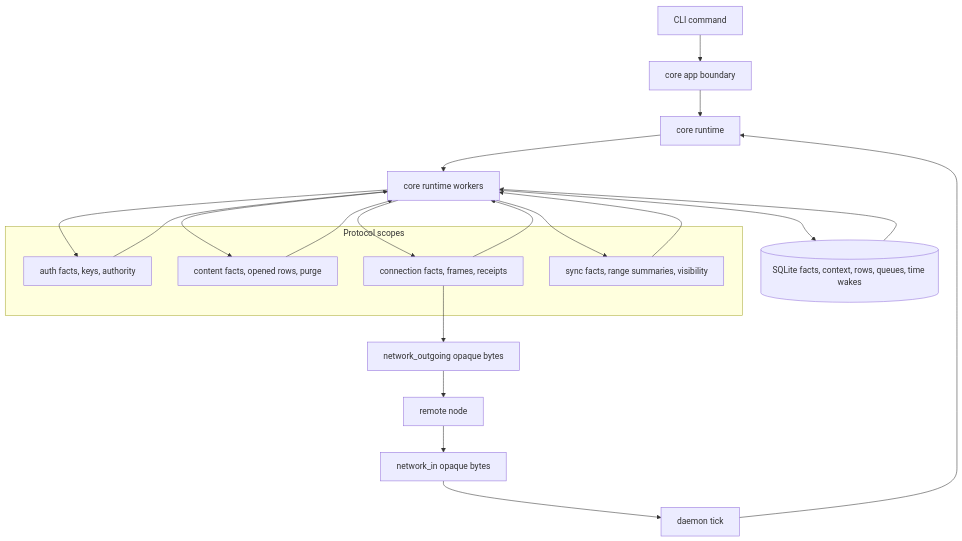
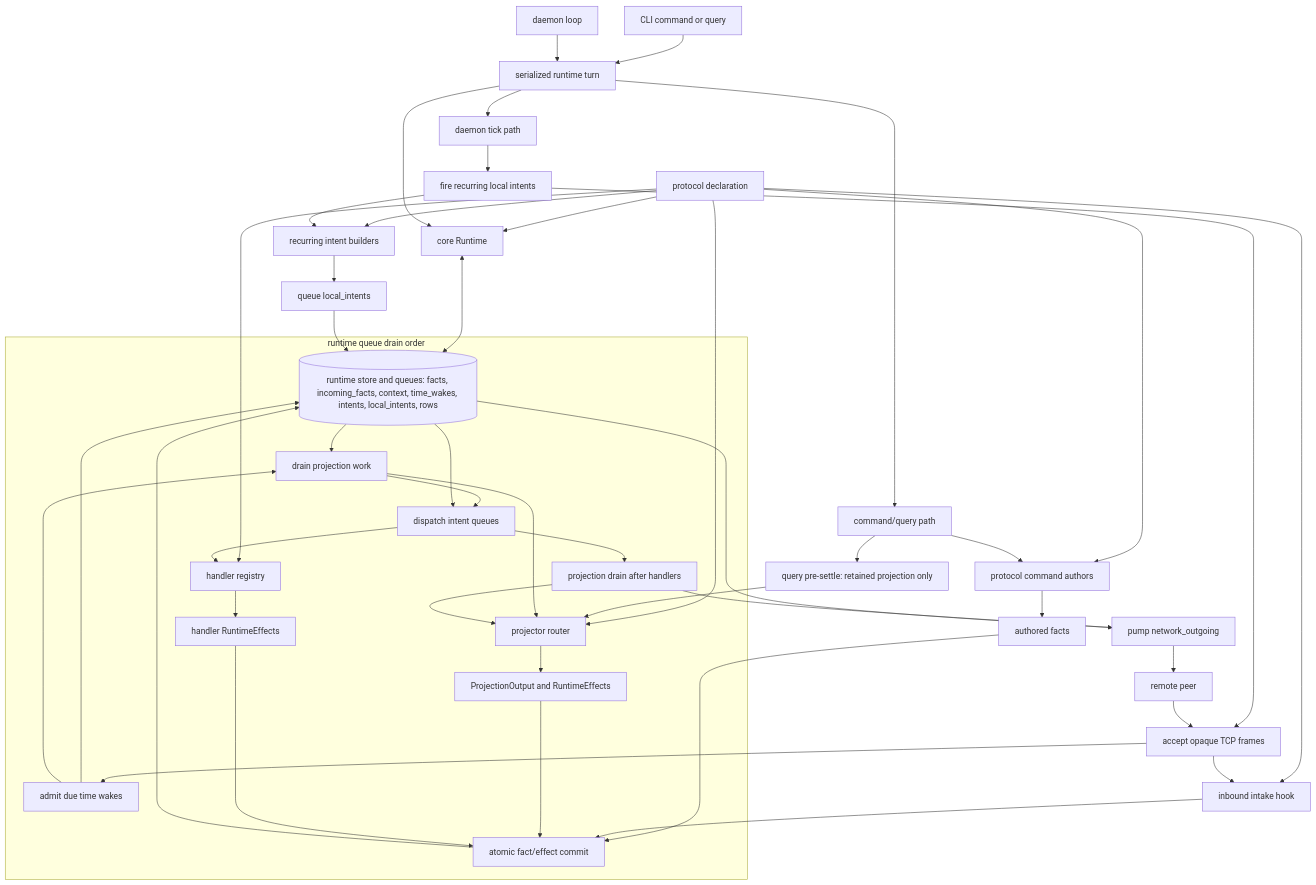
Before and after one commit to holmesworcester/poc-10: the first of 5 diagrams in ARCHITECTURE_DIAGRAMS.md, drawn with Mermaid. The commit also changed other lines of this file and 1 other file, not shown here.

Commit message:
Refocus runtime boundary diagram

````diff
--- a/ARCHITECTURE_DIAGRAMS.md
+++ b/ARCHITECTURE_DIAGRAMS.md
@@ -14,32 +16,55 @@
 ```mermaid
 %%{init: {"flowchart": {"wrappingWidth": 320}} }%%
 flowchart TD
-    USER["CLI command"] --> APP["core app boundary"]
-    DAEMON["daemon tick"] --> RUNTIME["core runtime"]
-    APP --> RUNTIME
+    DECL["protocol declaration"] --> RUNTIME["core Runtime"]
+    DECL --> COMMANDS["protocol command authors"]
+    DECL --> INTAKE["inbound intake hook"]
+    DECL --> PROJECTOR["projector router"]
+    DECL --> HANDLERS["handler registry"]
+    DECL --> RECURRING["recurring intent builders"]
 
-    NET_IN["network_in opaque bytes"] --> DAEMON
-    RUNTIME --> WORKERS["core runtime workers"]
-    WORKERS --> STORE[("SQLite facts, context, rows, queues, time wakes")]
-    STORE --> WORKERS
+    CLI["CLI command or query"] --> TURN["serialized runtime turn"]
+    DAEMON["daemon loop"] --> TURN
+    TURN --> RUNTIME
 
-    subgraph SCOPES["Protocol scopes"]
-      AUTH["auth facts, keys, authority"]
-      CONTENT["content facts, opened rows, purge"]
-      CONNECTION["connection facts, frames, receipts"]
-      SYNC["sync facts, range summaries, visibility"]
+    RUNTIME <--> STORE[("runtime store and queues: facts, incoming_facts, context, time_wakes, intents, local_intents, rows")]
+
+    TURN --> COMMAND_PATH["command/query path"]
+    COMMAND_PATH --> COMMANDS
+    COMMANDS --> COMMAND_FACTS["authored facts"]
+    COMMAND_FACTS --> COMMIT["atomic fact/effect commit"]
+    COMMAND_PATH --> PREQUERY["query pre-settle: retained projection only"]
+    PREQUERY --> PROJECTOR
+
+    TURN --> DAEMON_PATH["daemon tick path"]
+    DAEMON_PATH --> FIRE["fire recurring local intents"]
+    FIRE --> RECURRING
+    RECURRING --> LOCAL_QUEUE["queue local_intents"]
+    LOCAL_QUEUE --> STORE
+    FIRE --> NET_IN["accept opaque TCP frames"]
+    NET_IN --> INTAKE
+    INTAKE --> COMMIT
+    NET_IN --> TIME["admit due time wakes"]
+    TIME --> STORE
+
+    subgraph DRAIN["runtime queue drain order"]
+      TIME --> PROJECTION_A["drain projection work"]
+      STORE --> PROJECTION_A
+      PROJECTION_A --> PROJECTOR
+      PROJECTOR --> PROJECTION_OUT["ProjectionOutput and RuntimeEffects"]
+      PROJECTION_OUT --> COMMIT
+      PROJECTION_A --> DISPATCH["dispatch intent queues"]
+      STORE --> DISPATCH
+      DISPATCH --> HANDLERS
+      HANDLERS --> HANDLER_OUT["handler RuntimeEffects"]
+      HANDLER_OUT --> COMMIT
+      DISPATCH --> PROJECTION_B["projection drain after handlers"]
+      PROJECTION_B --> PROJECTOR
     end
 
-    WORKERS --> AUTH
-    WORKERS --> CONTENT
-    WORKERS --> CONNECTION
-    WORKERS --> SYNC
-    AUTH --> WORKERS
-    CONTENT --> WORKERS
-    CONNECTION --> WORKERS
-    SYNC --> WORKERS
-
-    CONNECTION --> NET_OUT["network_outgoing opaque bytes"]
-    NET_OUT --> PEER["remote node"]
+    COMMIT --> STORE
+    PROJECTION_B --> NET_OUT["pump network_outgoing"]
+    STORE --> NET_OUT
+    NET_OUT --> PEER["remote peer"]
     PEER --> NET_IN
 ```
````
